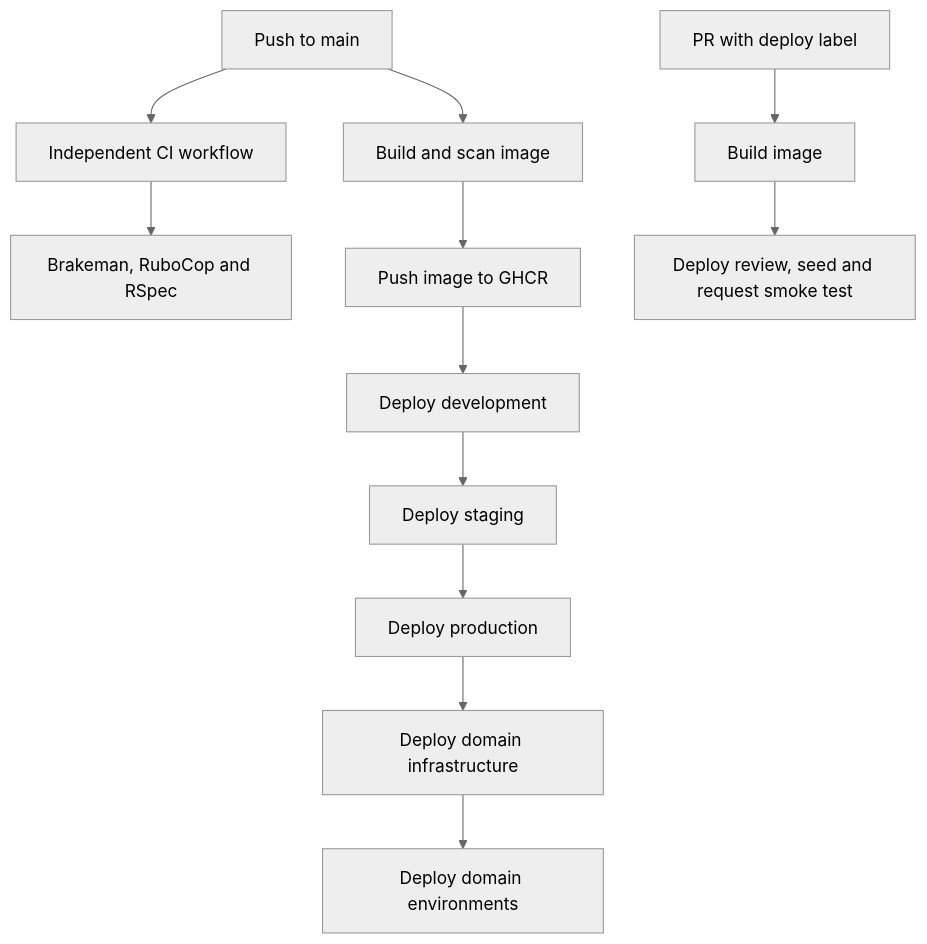
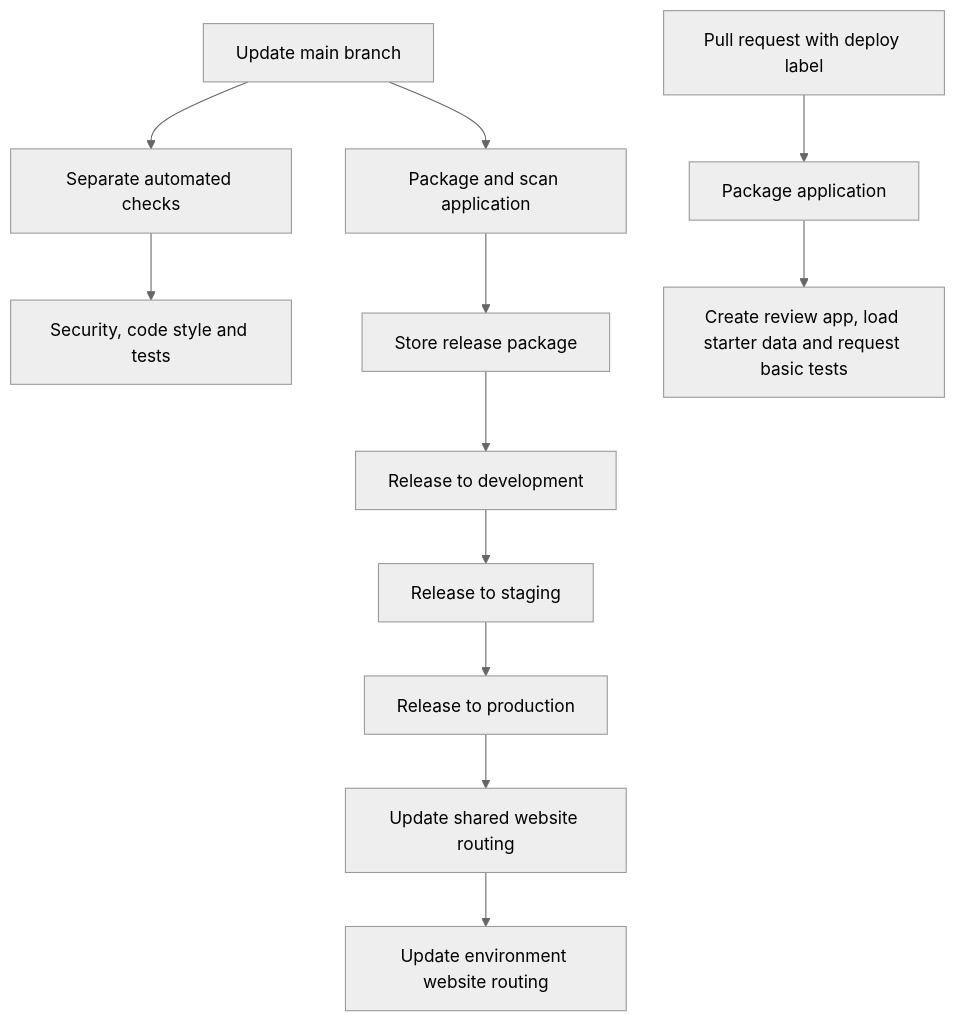
One commit to DFE-Digital/find-placement-schools changed the diagram in docs/deployment.md. Above: the diagram before and after it, drawn with Mermaid (neutral theme). The commit also changed other lines of this file and 15 other files, not shown here.

````diff
--- a/docs/deployment.md
+++ b/docs/deployment.md
@@ -26,14 +41,14 @@
 ```mermaid
 flowchart TD
-  Change[Push to main] --> CI[Independent CI workflow]
-  CI --> Checks[Brakeman, RuboCop and RSpec]
-  Change --> Build[Build and scan image]
-  Build --> Registry[Push image to GHCR]
-  Registry --> Dev[Deploy development]
-  Dev --> Stage[Deploy staging]
-  Stage --> Prod[Deploy production]
-  Prod --> DomainInfra[Deploy domain infrastructure]
-  DomainInfra --> DomainEnv[Deploy domain environments]
-  PR[PR with deploy label] --> ReviewBuild[Build image]
-  ReviewBuild --> Review[Deploy review, seed and request smoke test]
+  Change[Update main branch] --> CI[Separate automated checks]
+  CI --> Checks[Security, code style and tests]
+  Change --> Build[Package and scan application]
+  Build --> Registry[Store release package]
+  Registry --> Dev[Release to development]
+  Dev --> Stage[Release to staging]
+  Stage --> Prod[Release to production]
+  Prod --> DomainInfra[Update shared website routing]
+  DomainInfra --> DomainEnv[Update environment website routing]
+  PR[Pull request with deploy label] --> ReviewBuild[Package application]
+  ReviewBuild --> Review[Create review app, load starter data and request basic tests]
 ```
````
